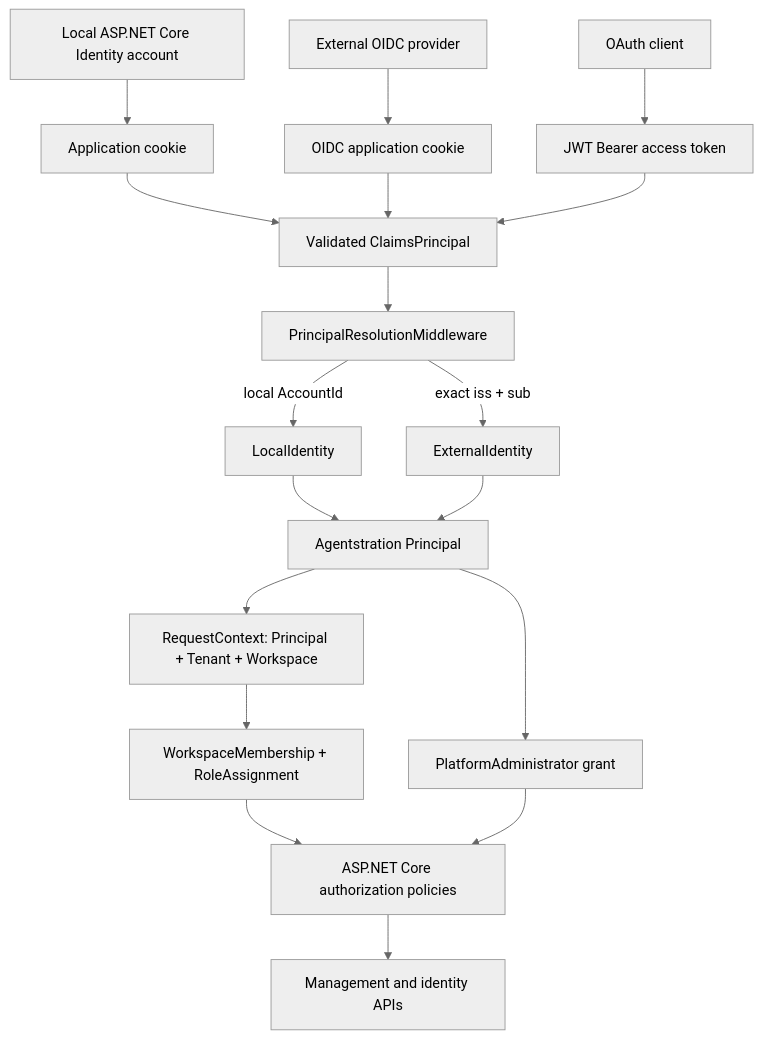
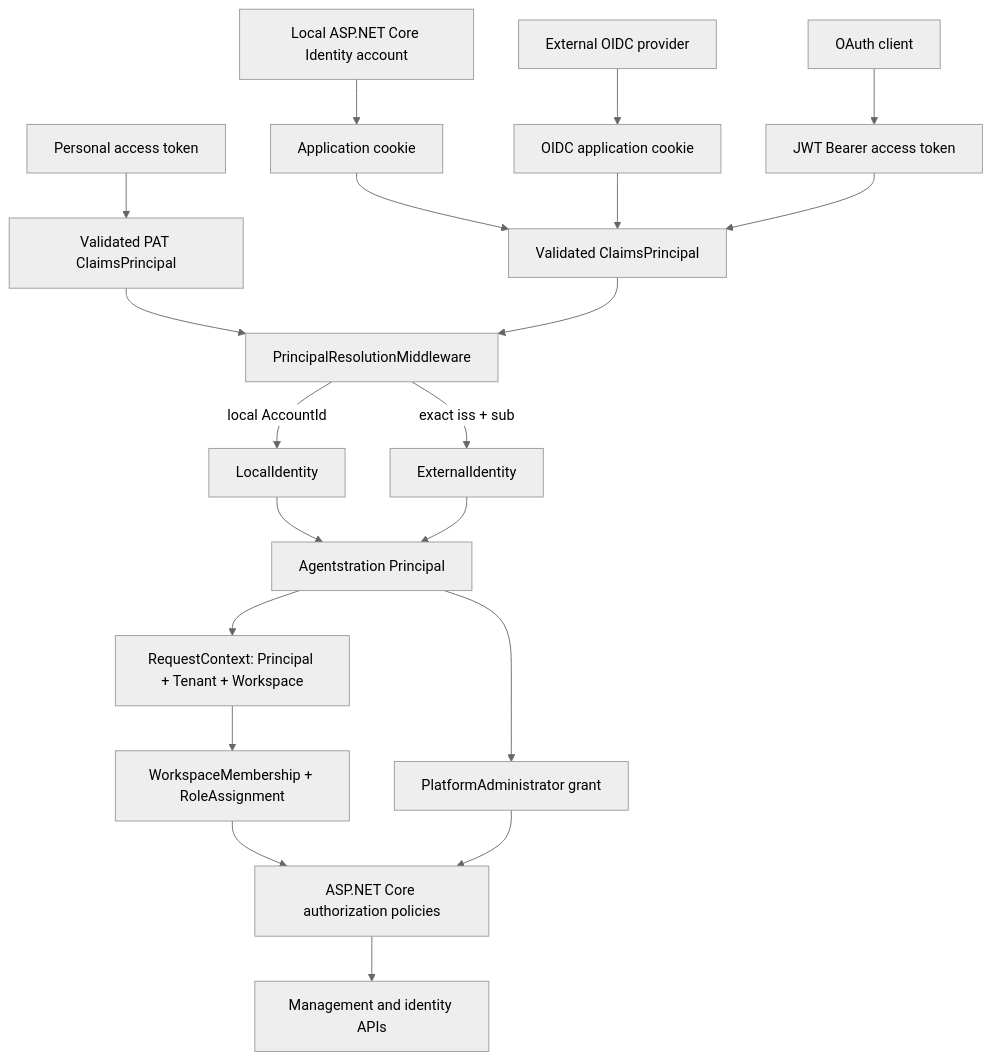
The diagram in docs/reference/identity-and-authorization.md (gbaudrit/agentstration), drawn with Mermaid (neutral theme) before and after one commit. The commit also changed other lines of this file and 32 other files, not shown here.

Commit message:
feat(identity): add personal access tokens

````diff
--- a/docs/reference/identity-and-authorization.md
+++ b/docs/reference/identity-and-authorization.md
@@ -32,20 +33,22 @@
 ```mermaid
 flowchart TB
     Local[Local ASP.NET Core Identity account] --> Cookie[Application cookie]
     OIDC[External OIDC provider] --> OidcCookie[OIDC application cookie]
     OAuth[OAuth client] --> Bearer[JWT Bearer access token]
+    PAT[Personal access token] --> PatClaims[Validated PAT ClaimsPrincipal]
     Cookie --> Claims[Validated ClaimsPrincipal]
     OidcCookie --> Claims
     Bearer --> Claims
+    PatClaims --> Resolver
     Claims --> Resolver[PrincipalResolutionMiddleware]
     Resolver -->|local AccountId| LocalLink[LocalIdentity]
     Resolver -->|exact iss + sub| ExternalLink[ExternalIdentity]
     LocalLink --> Principal[Agentstration Principal]
     ExternalLink --> Principal
     Principal --> Context[RequestContext: Principal + Tenant + Workspace]
     Context --> Membership[WorkspaceMembership + RoleAssignment]
     Principal --> Platform[PlatformAdministrator grant]
     Membership --> Policies[ASP.NET Core authorization policies]
     Platform --> Policies
     Policies --> APIs[Management and identity APIs]
 ```
````
